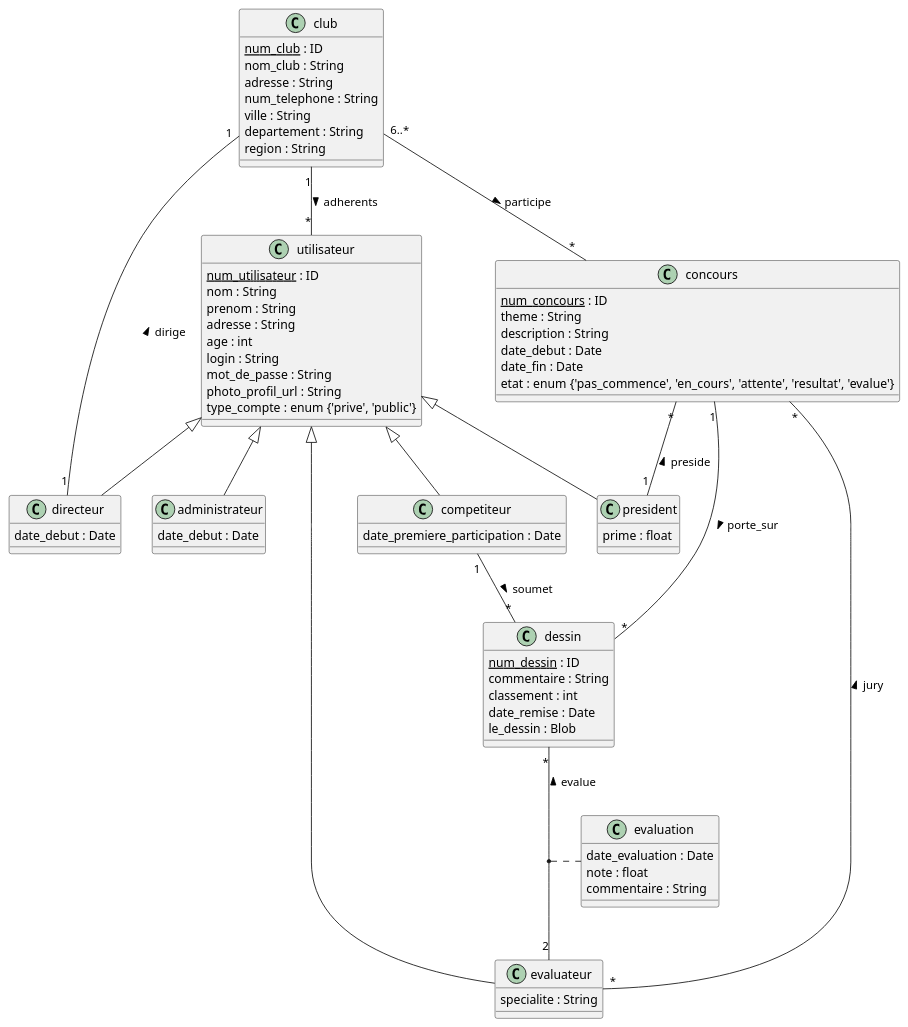
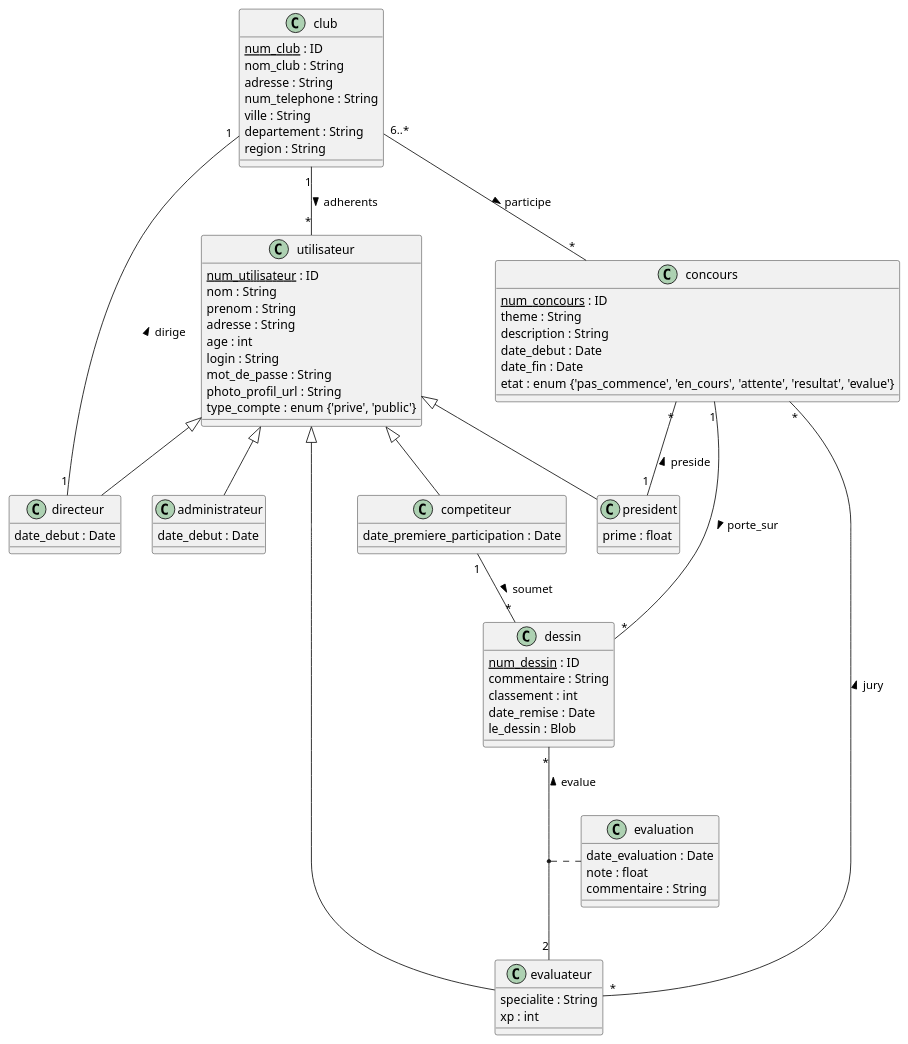
Before and after one commit to matthieuEv/Draw-Arena: the diagram in docs/mcd.puml, drawn with PlantUML. The commit also changed 6 other files, not shown here.

```diff
--- a/docs/mcd.puml
+++ b/docs/mcd.puml
@@ -1,92 +1,93 @@
 @startuml
 skinparam classAttributeIconSize 0
 
 ' Classes principales
 class club {
     <u>num_club</u> : ID
     nom_club : String
     adresse : String
     num_telephone : String
     ville : String
     departement : String
     region : String
 }
 
 class utilisateur {
     <u>num_utilisateur</u> : ID
     nom : String
     prenom : String
     adresse : String
     age : int
     login : String
     mot_de_passe : String
     photo_profil_url : String
     type_compte : enum {'prive', 'public'}
 }
 
 class concours {
     <u>num_concours</u> : ID
     theme : String
     description : String
     date_debut : Date
     date_fin : Date
     etat : enum {'pas_commence', 'en_cours', 'attente', 'resultat', 'evalue'}
 }
 
 class dessin {
     <u>num_dessin</u> : ID
     commentaire : String
     classement : int
     date_remise : Date
     le_dessin : Blob
 }
 
 class evaluation {
     date_evaluation : Date
     note : float
     commentaire : String
 }
 
 ' Sous-classes d'Utilisateur
 class competiteur {
     date_premiere_participation : Date
 }
 
 class evaluateur {
     specialite : String
+    xp : int
 }
 
 class president {
     prime : float
 }
 
 class administrateur {
     date_debut : Date
 }
 
 class directeur {
     date_debut : Date
 }
 
 ' Héritages
 utilisateur <|-- competiteur
 utilisateur <|-- evaluateur
 utilisateur <|-- president
 utilisateur <|-- administrateur
 utilisateur <|-- directeur
 
 ' Associations
 club "1" -- "*" utilisateur : adherents >
 club "6..*" -- "*" concours : participe >
 club "1" - "1" directeur : dirige <
 
 concours "1" -- "*" dessin : porte_sur >
 concours "*" -- "1" president : preside <
 concours "*" --- "*" evaluateur : jury <
 
 competiteur "1" -- "*" dessin : soumet >
 
 dessin "*" -- "2" evaluateur : evalue <
 (dessin, evaluateur) .. evaluation
 
 @enduml
```
